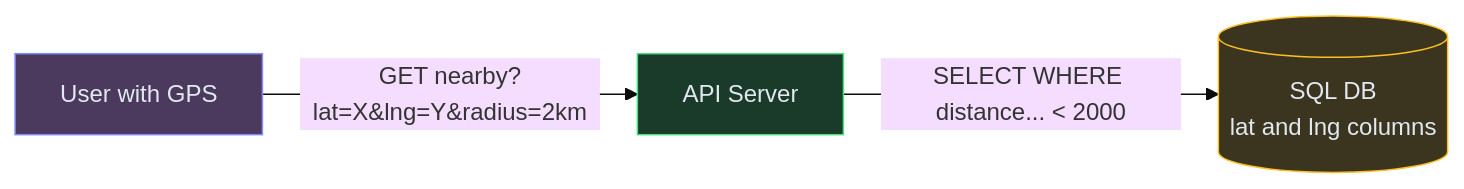
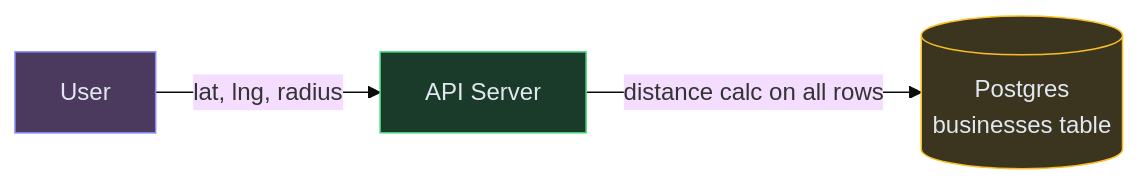
The first of 4 diagrams in content/hld/NearbyService.md (iluzn/HLD-Designs), drawn with Mermaid (base theme) before and after one commit. The commit also changed other lines of this file and 8 other files, not shown here.

````diff
--- a/content/hld/NearbyService.md
+++ b/content/hld/NearbyService.md
@@ -25,13 +25,13 @@
 ```mermaid
 flowchart LR
-    USER["User with GPS"]:::client
+    USER["User"]:::client
     API["API Server"]:::service
-    DB[("SQL DB<br/>lat and lng columns")]:::data
+    DB[("Postgres<br/>businesses table")]:::data
 
-    USER -->|"GET nearby?lat=X&lng=Y&radius=2km"| API
-    API -->|"SELECT WHERE distance... < 2000"| DB
+    USER -->|"lat, lng, radius"| API
+    API -->|distance calc on all rows| DB
 
     classDef client fill:#4c3a5e,stroke:#818cf8,color:#e2e8f0
     classDef service fill:#1a3a2a,stroke:#4ade80,color:#e2e8f0
     classDef data fill:#3b3520,stroke:#fbbf24,color:#e2e8f0
 ```
````
